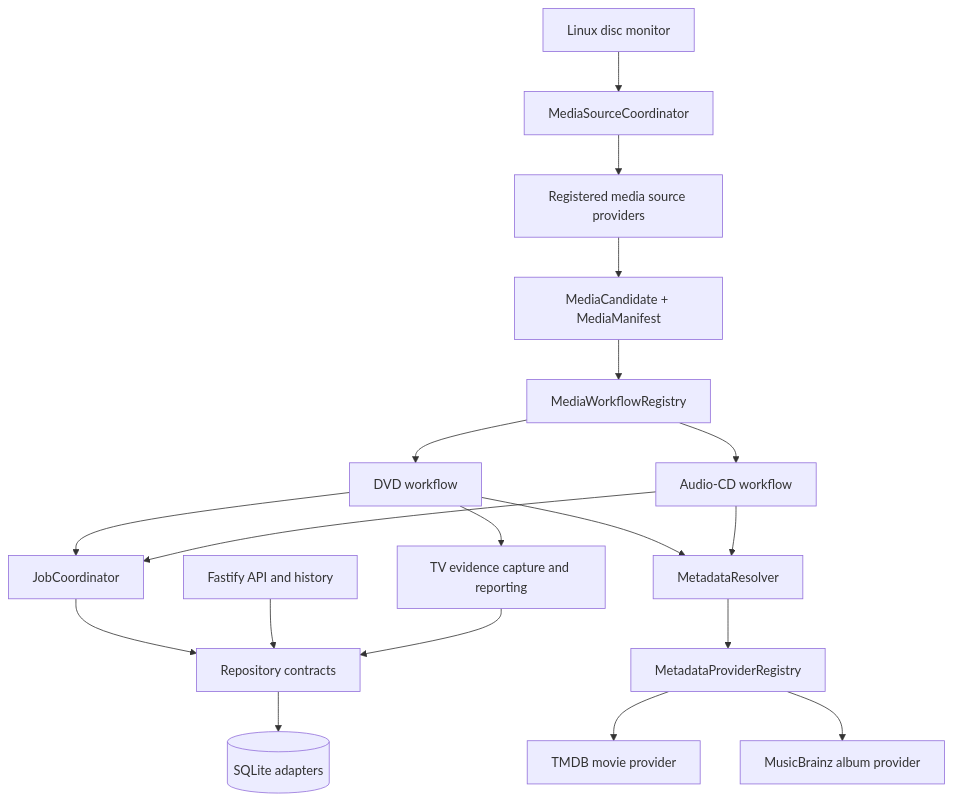
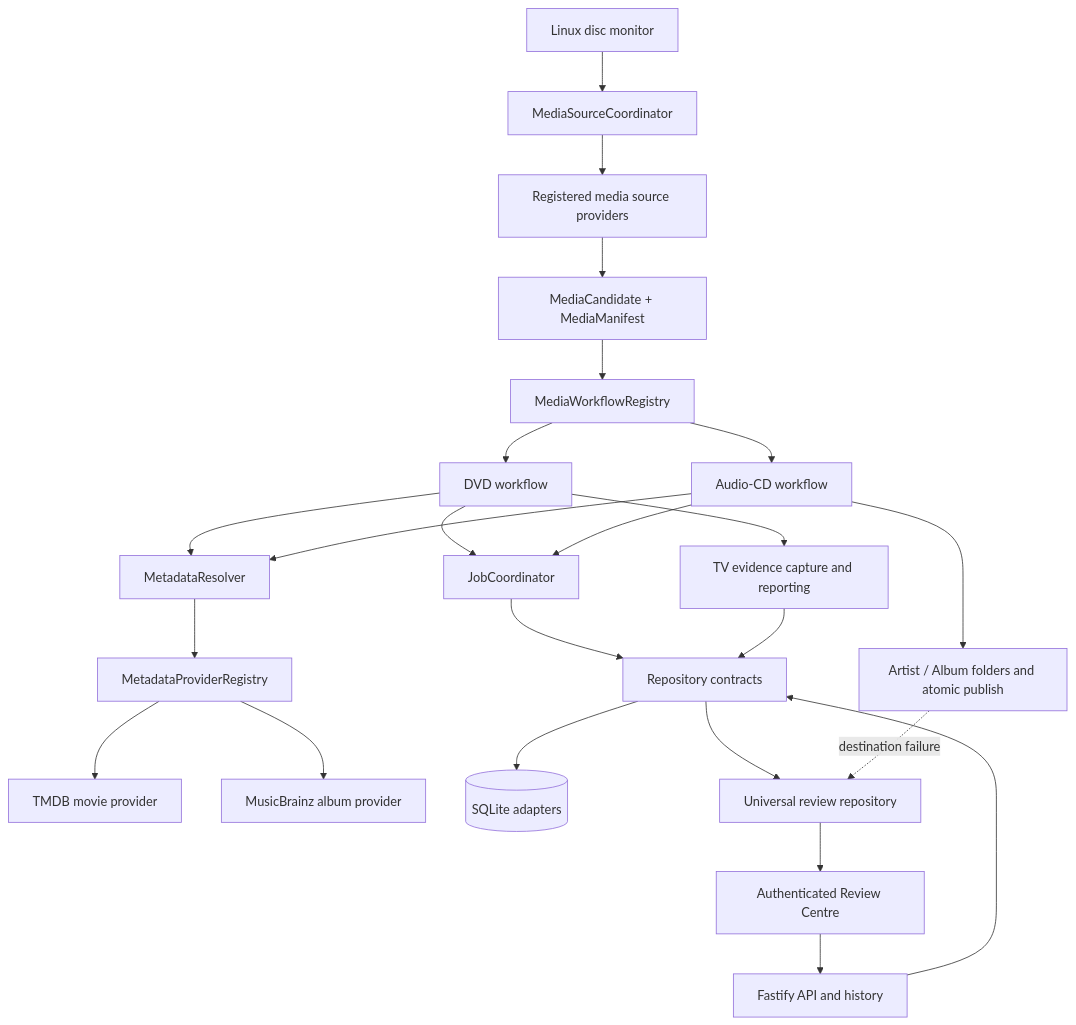
Before and after one commit to nick709r/DVDTOJELLYFIN: the diagram in docs/V2-MIGRATION-REPORT-2026-10-19.md, drawn with Mermaid. The commit also changed other lines of this file and 12 other files, not shown here.

````diff
--- a/docs/V2-MIGRATION-REPORT-2026-10-19.md
+++ b/docs/V2-MIGRATION-REPORT-2026-10-19.md
@@ -12,38 +13,46 @@
 ```mermaid
 flowchart TB
   Monitor[Linux disc monitor]
   Sources[MediaSourceCoordinator]
   SourceProviders[Registered media source providers]
   Manifest[MediaCandidate + MediaManifest]
   Workflows[MediaWorkflowRegistry]
   DVD[DVD workflow]
   CD[Audio-CD workflow]
   Jobs[JobCoordinator]
   Metadata[MetadataResolver]
   MetadataRegistry[MetadataProviderRegistry]
   TvValidation[TV evidence capture and reporting]
   TMDB[TMDB movie provider]
   MB[MusicBrainz album provider]
   Repositories[Repository contracts]
   SQLite[(SQLite adapters)]
   API[Fastify API and history]
+  ReviewItems[Universal review repository]
+  ReviewCentre[Authenticated Review Centre]
+  MusicOutput[Artist / Album folders and atomic publish]
 
   Monitor --> Sources
   Sources --> SourceProviders
   SourceProviders --> Manifest
   Manifest --> Workflows
   Workflows --> DVD
   Workflows --> CD
   DVD --> Jobs
   CD --> Jobs
   DVD --> Metadata
   DVD --> TvValidation
   CD --> Metadata
   Metadata --> MetadataRegistry
   MetadataRegistry --> TMDB
   MetadataRegistry --> MB
   Jobs --> Repositories
   API --> Repositories
   Repositories --> SQLite
   TvValidation --> Repositories
+  Repositories --> ReviewItems
+  ReviewItems --> ReviewCentre
+  ReviewCentre --> API
+  CD --> MusicOutput
+  MusicOutput -. destination failure .-> ReviewItems
 ```
````
